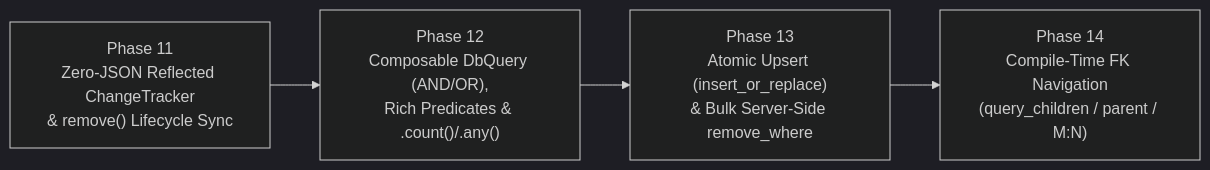
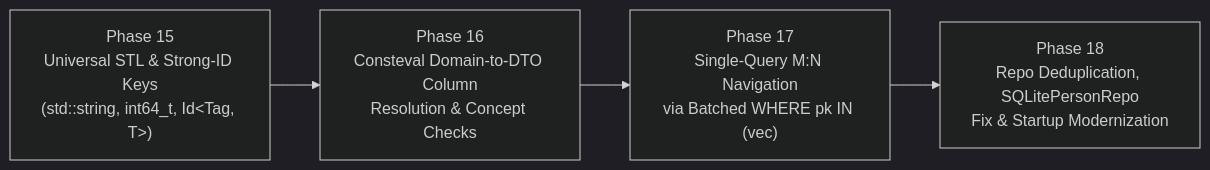
The second of 2 diagrams in readme4.md (mythrz/CodeFirstCppDB_sqlgen), drawn with Mermaid (dark theme) before and after one commit. The commit also changed other lines of this file, not shown here.

Commit message:
planning type-agnostic PKs, domain-col aware. arg high

````diff
--- a/readme4.md
+++ b/readme4.md
@@ -287,6 +303,6 @@
 ```mermaid
 flowchart LR
-    P11["Phase 11<br/>Zero-JSON Reflected ChangeTracker<br/>&amp; remove() Lifecycle Sync"] --> P12["Phase 12<br/>Composable DbQuery (AND/OR),<br/>Rich Predicates &amp; .count()/.any()"]
-    P12 --> P13["Phase 13<br/>Atomic Upsert (insert_or_replace)<br/>&amp; Bulk Server-Side remove_where"]
-    P13 --> P14["Phase 14<br/>Compile-Time FK Navigation<br/>(query_children / parent / M:N)"]
+    P15["Phase 15<br/>Universal STL &amp; Strong-ID Keys<br/>(std::string, int64_t, Id&lt;Tag, T&gt;)"] --> P16["Phase 16<br/>Consteval Domain-to-DTO Column<br/>Resolution &amp; Concept Checks"]
+    P16 --> P17["Phase 17<br/>Single-Query M:N Navigation<br/>via Batched WHERE pk IN (vec)"]
+    P17 --> P18["Phase 18<br/>Repo Deduplication, SQLitePersonRepo<br/>Fix &amp; Startup Modernization"]
 ```
````
